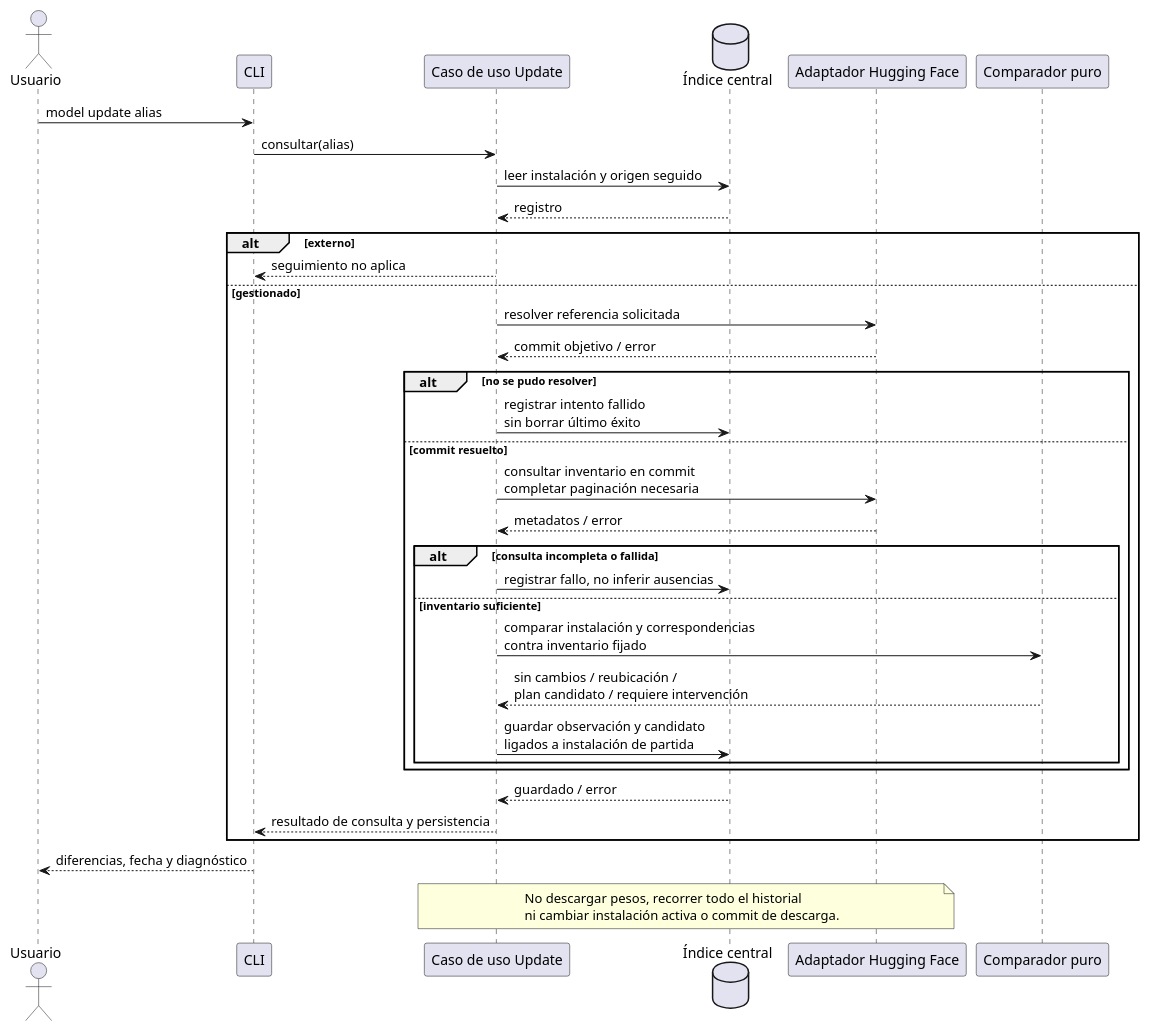
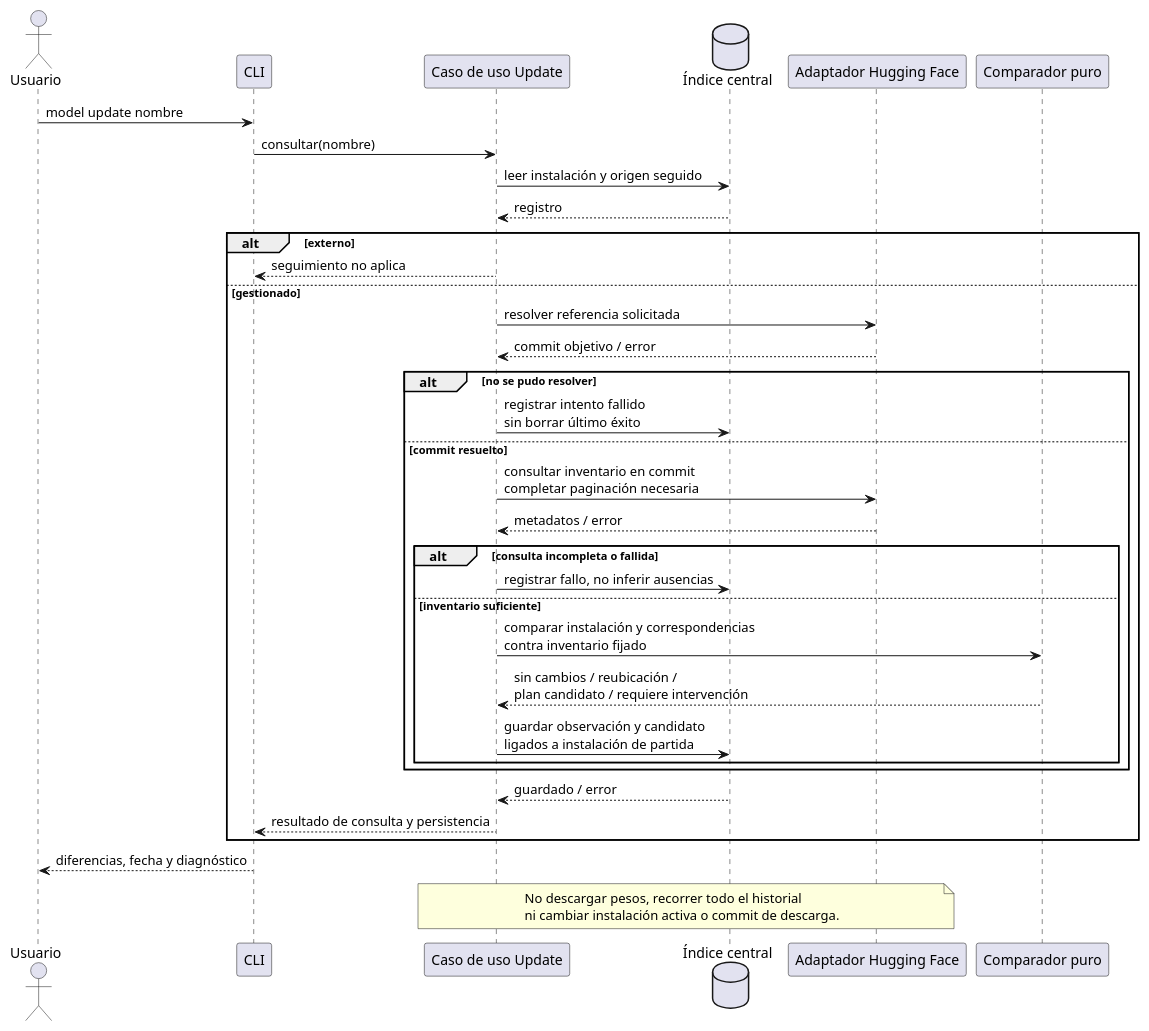
Before and after one commit to mstranich/coquena: the third of 7 diagrams in docs/secuencias.md, drawn with PlantUML. The commit also changed other lines of this file and 7 other files, not shown here.

````diff
--- a/docs/secuencias.md
+++ b/docs/secuencias.md
@@ -185,40 +182,40 @@
 ```plantuml
 @startuml
 actor Usuario as U
 participant CLI
 participant "Caso de uso Update" as UP
 database "Índice central" as I
 participant "Adaptador Hugging Face" as HF
 participant "Comparador puro" as CMP
-U -> CLI : model update alias
-CLI -> UP : consultar(alias)
+U -> CLI : model update nombre
+CLI -> UP : consultar(nombre)
 UP -> I : leer instalación y origen seguido
 I --> UP : registro
 alt externo
   UP --> CLI : seguimiento no aplica
 else gestionado
   UP -> HF : resolver referencia solicitada
   HF --> UP : commit objetivo / error
   alt no se pudo resolver
     UP -> I : registrar intento fallido\nsin borrar último éxito
   else commit resuelto
     UP -> HF : consultar inventario en commit\ncompletar paginación necesaria
     HF --> UP : metadatos / error
     alt consulta incompleta o fallida
       UP -> I : registrar fallo, no inferir ausencias
     else inventario suficiente
       UP -> CMP : comparar instalación y correspondencias\ncontra inventario fijado
       CMP --> UP : sin cambios / reubicación /\nplan candidato / requiere intervención
       UP -> I : guardar observación y candidato\nligados a instalación de partida
     end
   end
   I --> UP : guardado / error
   UP --> CLI : resultado de consulta y persistencia
 end
 CLI --> U : diferencias, fecha y diagnóstico
 note over UP,HF
   No descargar pesos, recorrer todo el historial
   ni cambiar instalación activa o commit de descarga.
 end note
 @enduml
 ```
````
